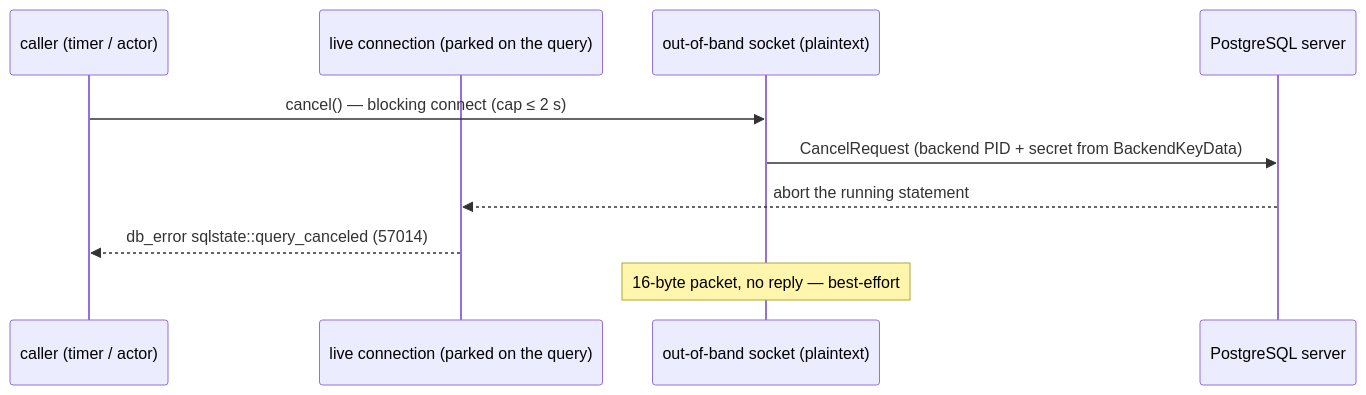
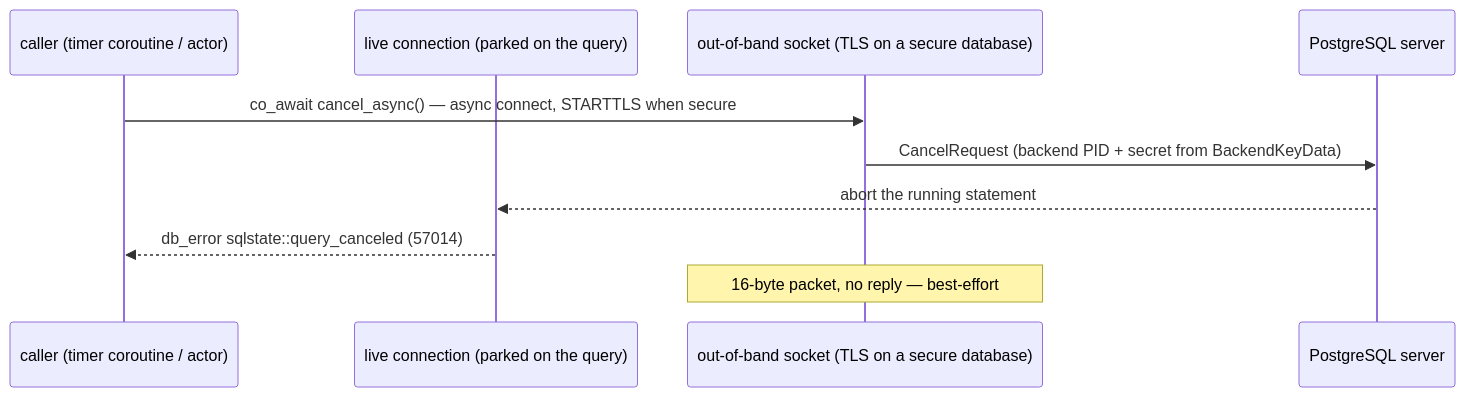
The second of 2 diagrams in readme/connection.md (isndev/qbm-pgsql), drawn with Mermaid before and after one commit. The commit also changed other lines of this file and 19 other files, not shown here.

````diff
--- a/readme/connection.md
+++ b/readme/connection.md
@@ -398,12 +398,12 @@
 ```mermaid
 sequenceDiagram
-    participant App as caller (timer / actor)
+    participant App as caller (timer coroutine / actor)
     participant Live as live connection (parked on the query)
-    participant C2 as out-of-band socket (plaintext)
+    participant C2 as out-of-band socket (TLS on a secure database)
     participant S as PostgreSQL server
-    App->>C2: cancel() — blocking connect (cap ≤ 2 s)
+    App->>C2: co_await cancel_async() — async connect, STARTTLS when secure
     C2->>S: CancelRequest (backend PID + secret from BackendKeyData)
     S-->>Live: abort the running statement
     Live-->>App: db_error sqlstate::query_canceled (57014)
     Note over C2: 16-byte packet, no reply — best-effort
 ```
````
